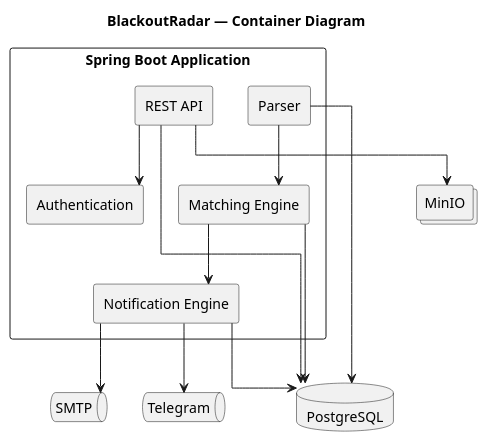
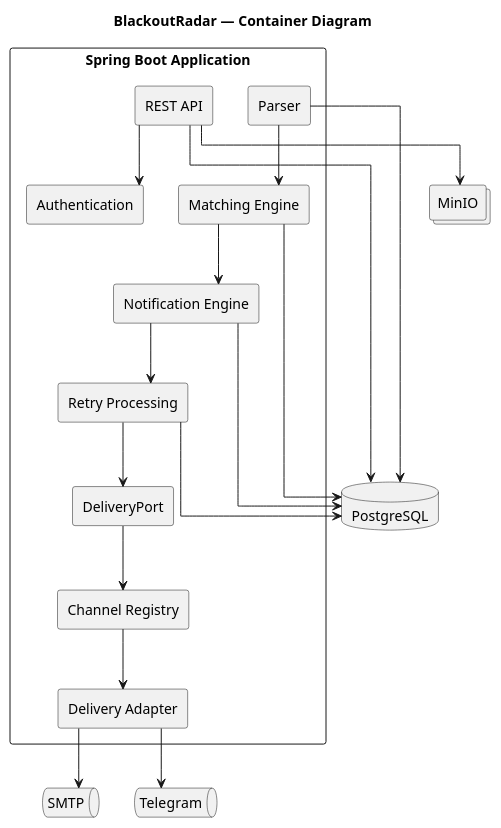
The diagram in docs/diagrams/overview/02-container.puml (ZyibinAV/BlackoutRadar), drawn with PlantUML before and after one commit. The commit also changed 29 other files, not shown here.

```diff
--- a/docs/diagrams/overview/02-container.puml
+++ b/docs/diagrams/overview/02-container.puml
@@ -1,52 +1,70 @@
 @startuml BlackoutRadar_Container
 
 title BlackoutRadar — Container Diagram
 
 skinparam shadowing false
 skinparam linetype ortho
 skinparam componentStyle rectangle
 skinparam packageStyle rectangle
 
 package "Spring Boot Application" {
 
     [REST API]
 
     [Authentication]
 
     [Parser]
 
     [Matching Engine]
 
     [Notification Engine]
+
+    [Retry Processing]
+
+    [DeliveryPort]
+
+    [Channel Registry]
+
+    [Delivery Adapter]
 
 }
 
 database PostgreSQL
 
 collections MinIO
 
 queue SMTP
 
 queue Telegram
 
 [REST API] --> [Authentication]
 
 [Parser] --> [Matching Engine]
 
 [Matching Engine] --> [Notification Engine]
 
 [REST API] --> PostgreSQL
 
 [Parser] --> PostgreSQL
 
 [Matching Engine] --> PostgreSQL
 
 [Notification Engine] --> PostgreSQL
 
-[Notification Engine] --> SMTP
+[Notification Engine] --> [Retry Processing]
 
-[Notification Engine] --> Telegram
+[Retry Processing] --> PostgreSQL
+
+[Retry Processing] --> [DeliveryPort]
+
+[DeliveryPort] --> [Channel Registry]
+
+[Channel Registry] --> [Delivery Adapter]
+
+[Delivery Adapter] --> SMTP
+
+[Delivery Adapter] --> Telegram
 
 [REST API] --> MinIO
 
 @enduml
```
